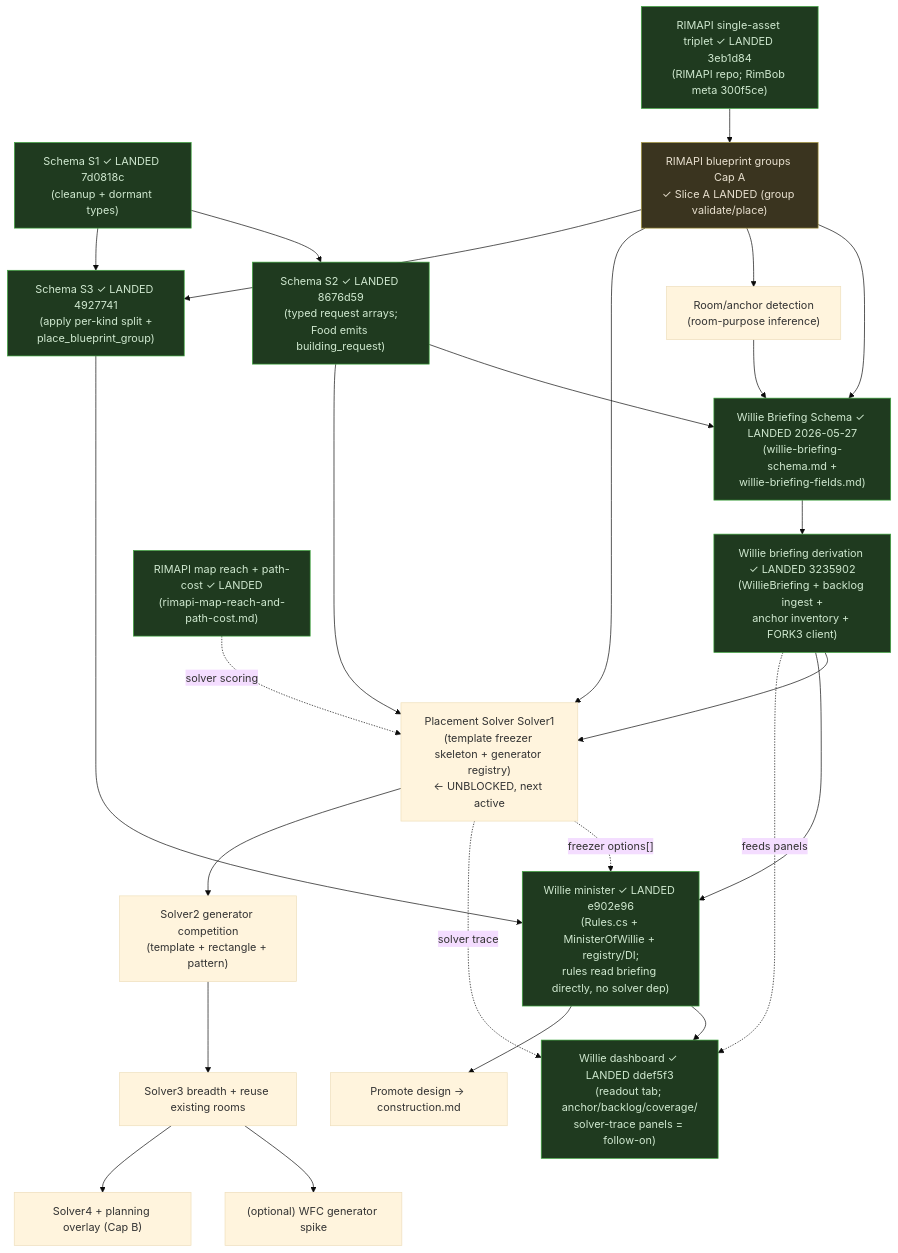
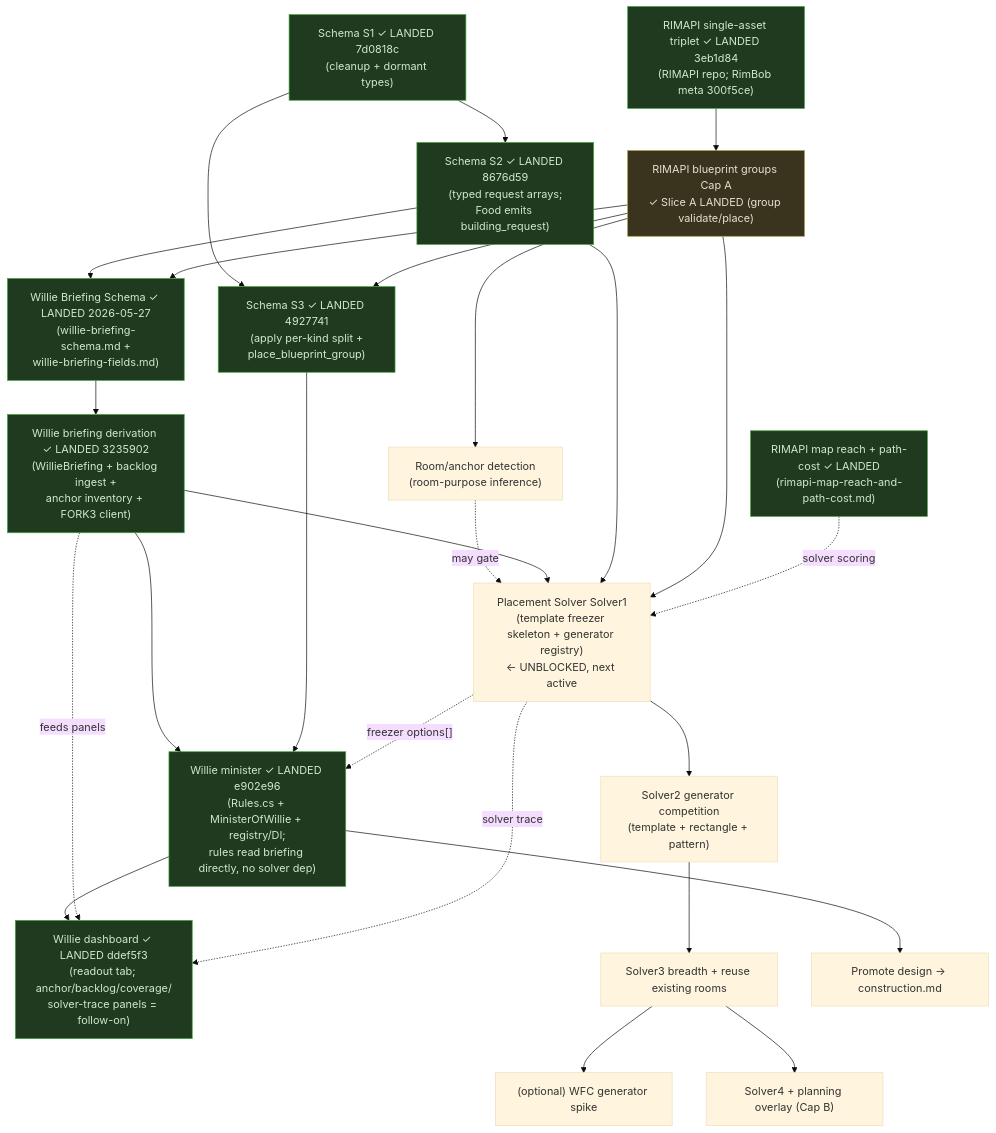
One commit to ocaspi-sc/RimBob changed the diagram in .plans/willie-meta-plan.md. Above: the diagram before and after it, drawn with Mermaid (base theme). The commit also changed other lines of this file and 4 other files, not shown here.

````diff
--- a/.plans/willie-meta-plan.md
+++ b/.plans/willie-meta-plan.md
@@ -155,31 +156,31 @@
 ```mermaid
 flowchart TD
   S1["Schema S1 ✓ LANDED 7d0818c<br/>(cleanup + dormant types)"] --> S2["Schema S2 ✓ LANDED 8676d59<br/>(typed request arrays;<br/>Food emits building_request)"]
   FORK1["RIMAPI single-asset triplet ✓ LANDED 3eb1d84<br/>(RIMAPI repo; RimBob meta 300f5ce)"] --> FORK2["RIMAPI blueprint groups Cap A<br/>✓ Slice A LANDED (group validate/place)"]
   S2 --> SCHEMA["Willie Briefing Schema ✓ LANDED 2026-05-27<br/>(willie-briefing-schema.md +<br/>willie-briefing-fields.md)"]
   FORK2 --> SCHEMA
   FORK2 --> ROOM["Room/anchor detection<br/>(room-purpose inference)"]
-  ROOM --> SCHEMA
+  ROOM -.may gate.-> Solver1
   SCHEMA --> DERIV["Willie briefing derivation ✓ LANDED 3235902<br/>(WillieBriefing + backlog ingest +<br/>anchor inventory + FORK3 client)"]
   DERIV --> Solver1["Placement Solver Solver1<br/>(template freezer skeleton + generator registry)<br/>← UNBLOCKED, next active"]
   S2 --> Solver1
   FORK2 --> Solver1
   FORK3["RIMAPI map reach + path-cost ✓ LANDED<br/>(rimapi-map-reach-and-path-cost.md)"] -.solver scoring.-> Solver1
   DERIV --> WILLIE["Willie minister ✓ LANDED e902e96<br/>(Rules.cs + MinisterOfWillie + registry/DI;<br/>rules read briefing directly, no solver dep)"]
   S1 --> S3["Schema S3 ✓ LANDED 4927741<br/>(apply per-kind split +<br/>place_blueprint_group)"]
   FORK2 --> S3
   S3 --> WILLIE
   Solver1 -.freezer options[].-> WILLIE
   WILLIE --> DASH["Willie dashboard ✓ LANDED ddef5f3<br/>(readout tab; anchor/backlog/coverage/<br/>solver-trace panels = follow-on)"]
   DERIV -.feeds panels.-> DASH
   Solver1 -.solver trace.-> DASH
   Solver1 --> Solver2["Solver2 generator competition<br/>(template + rectangle + pattern)"] --> Solver3["Solver3 breadth + reuse existing rooms"]
   WILLIE --> PROMOTE["Promote design -> construction.md"]
   Solver3 --> WFC["(optional) WFC generator spike"]
   Solver3 --> SOLVER4B["Solver4 + planning overlay (Cap B)"]
 
   classDef done fill:#1f3a1f,stroke:#3fa83f,color:#cfe8cf;
   class S1,S2,S3,FORK1,FORK3,SCHEMA,DERIV,WILLIE,DASH done;
   classDef partial fill:#3a341f,stroke:#a8993f,color:#e8e0cf;
   class FORK2 partial;
 ```
````
